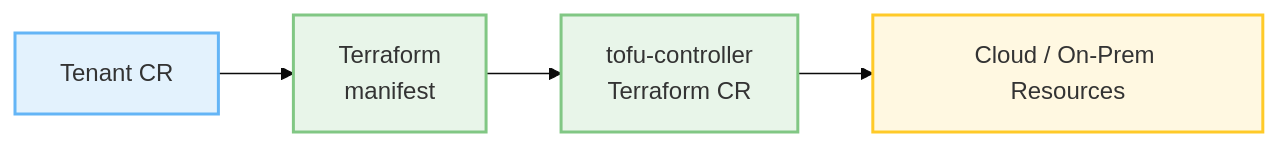
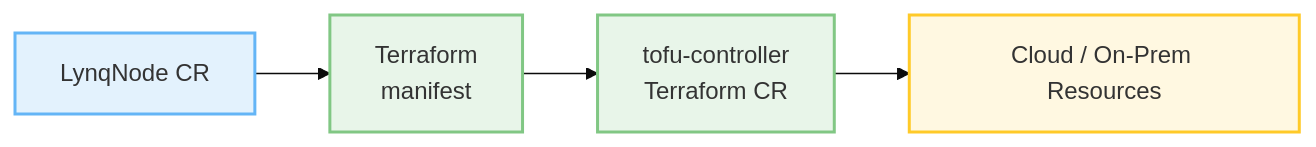
Before and after one commit to kubernetes-tenants/tenant-operator: the diagram in docs/integration-terraform-operator.md, drawn with Mermaid (base theme). The commit also changed other lines of this file and 203 other files, not shown here.

First line of the commit message:
feat!: Complete terminology migration from tenant-operator to Lynq

````diff
--- a/docs/integration-terraform-operator.md
+++ b/docs/integration-terraform-operator.md
@@ -11,16 +15,16 @@
 ```mermaid
 flowchart LR
-    Tenant["Tenant CR"]
+    Node["LynqNode CR"]
     Template["Terraform<br/>manifest"]
     Tofu["tofu-controller<br/>Terraform CR"]
     Cloud["Cloud / On-Prem Resources"]
 
-    Tenant --> Template --> Tofu --> Cloud
+    Node --> Template --> Tofu --> Cloud
 
-    classDef tenant fill:#e3f2fd,stroke:#64b5f6,stroke-width:2px;
-    class Tenant tenant;
+    classDef node fill:#e3f2fd,stroke:#64b5f6,stroke-width:2px;
+    class Node node;
     classDef terraform fill:#e8f5e9,stroke:#81c784,stroke-width:2px;
     class Template,Tofu terraform;
     classDef cloud fill:#fff8e1,stroke:#ffca28,stroke-width:2px;
     class Cloud cloud;
 ```
````
